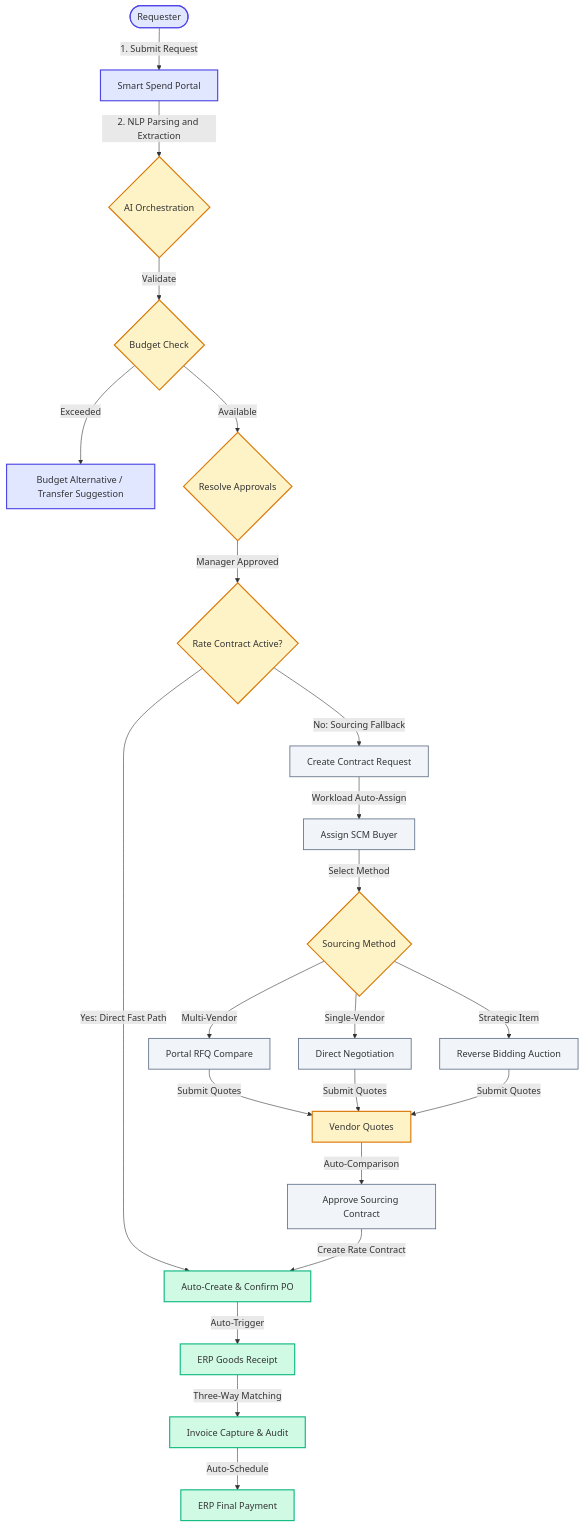
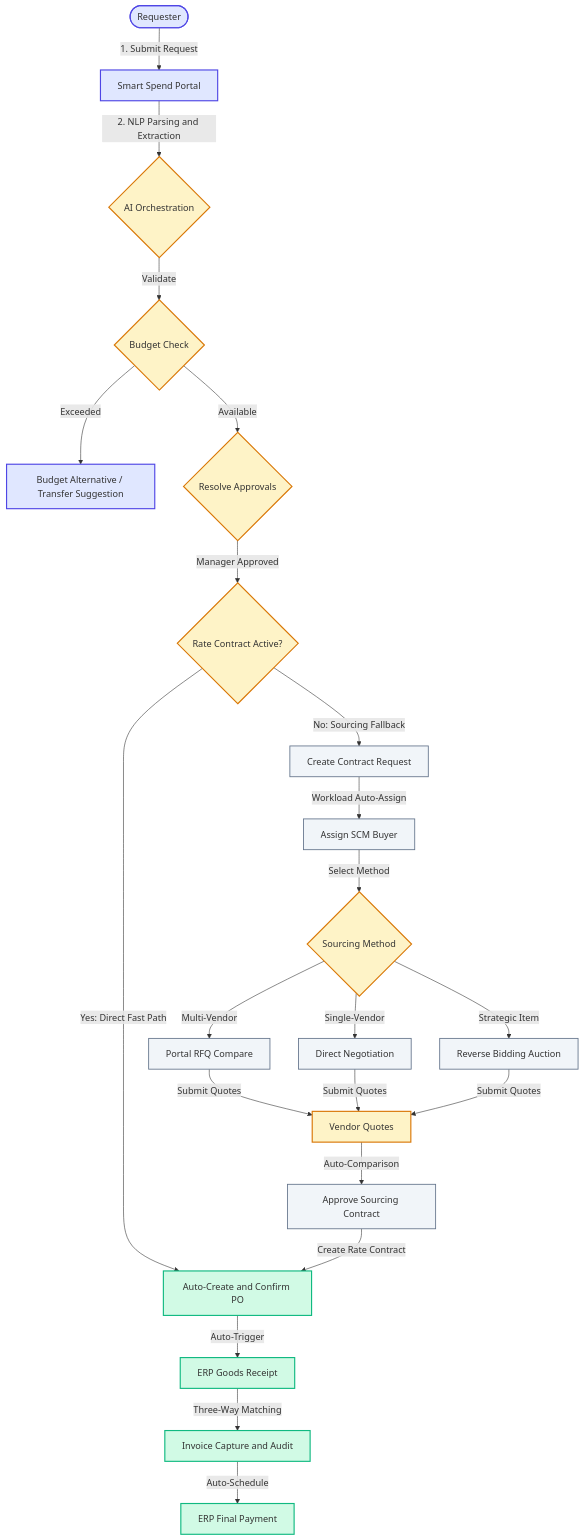
The first of 5 diagrams in smartspend_workflow_guide.md (Anjitha-IdeenTech/Spendwise_prod), drawn with Mermaid before and after one commit. The commit also changed other lines of this file and 2 other files, not shown here.

Commit message:
fix: replace all remaining & with and in Mermaid diagrams to prevent parser failures

````diff
--- a/smartspend_workflow_guide.md
+++ b/smartspend_workflow_guide.md
@@ -44,40 +44,40 @@
 ```mermaid
 flowchart TD
     User([Requester]) -->|1. Submit Request| Portal[Smart Spend Portal]
     Portal -->|2. NLP Parsing and Extraction| Engine{AI Orchestration}
     Engine -->|Validate| Budget{Budget Check}
     
     Budget -->|Exceeded| Transfer["Budget Alternative / Transfer Suggestion"]
     Budget -->|Available| Matrix{Resolve Approvals}
     
     Matrix -->|Manager Approved| Contract{Rate Contract Active?}
     
-    Contract -->|Yes: Direct Fast Path| PO["Auto-Create & Confirm PO"]
+    Contract -->|Yes: Direct Fast Path| PO["Auto-Create and Confirm PO"]
     Contract -->|No: Sourcing Fallback| CR[Create Contract Request]
     
     CR -->|Workload Auto-Assign| Buyer[Assign SCM Buyer]
     Buyer -->|Select Method| Sourcing{Sourcing Method}
     Sourcing -->|Multi-Vendor| RFQ[Portal RFQ Compare]
     Sourcing -->|Single-Vendor| Neg[Direct Negotiation]
     Sourcing -->|Strategic Item| Bid[Reverse Bidding Auction]
     
     RFQ -->|Submit Quotes| Quotes[Vendor Quotes]
     Neg -->|Submit Quotes| Quotes
     Bid -->|Submit Quotes| Quotes
     Quotes -->|Auto-Comparison| ApproveContract[Approve Sourcing Contract]
     ApproveContract -->|Create Rate Contract| PO
     
     PO -->|Auto-Trigger| GRN[ERP Goods Receipt]
-    GRN -->|Three-Way Matching| Invoice[Invoice Capture & Audit]
+    GRN -->|Three-Way Matching| Invoice[Invoice Capture and Audit]
     Invoice -->|Auto-Schedule| Pay[ERP Final Payment]
     
     classDef portal fill:#E0E7FF,stroke:#4F46E5,stroke-width:2px;
     classDef backend fill:#F1F5F9,stroke:#64748B,stroke-width:1.5px;
     classDef success fill:#D1FAE5,stroke:#10B981,stroke-width:2px;
     classDef warning fill:#FEF3C7,stroke:#D97706,stroke-width:2px;
     
     class User,Portal,Transfer portal;
     class Engine,Budget,Matrix,Contract,Sourcing,Quotes warning;
     class PO,GRN,Invoice,Pay success;
     class CR,Buyer,RFQ,Neg,Bid,ApproveContract backend;
 ```
````
